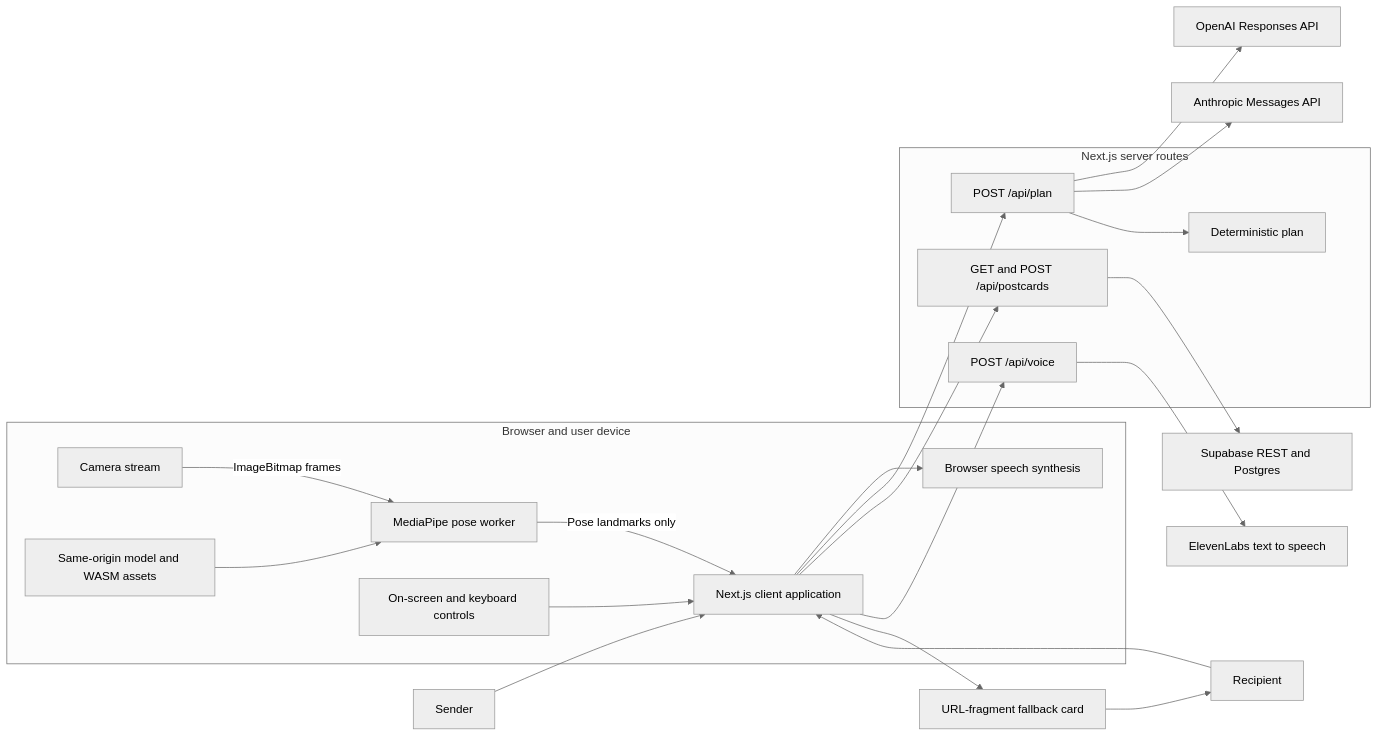
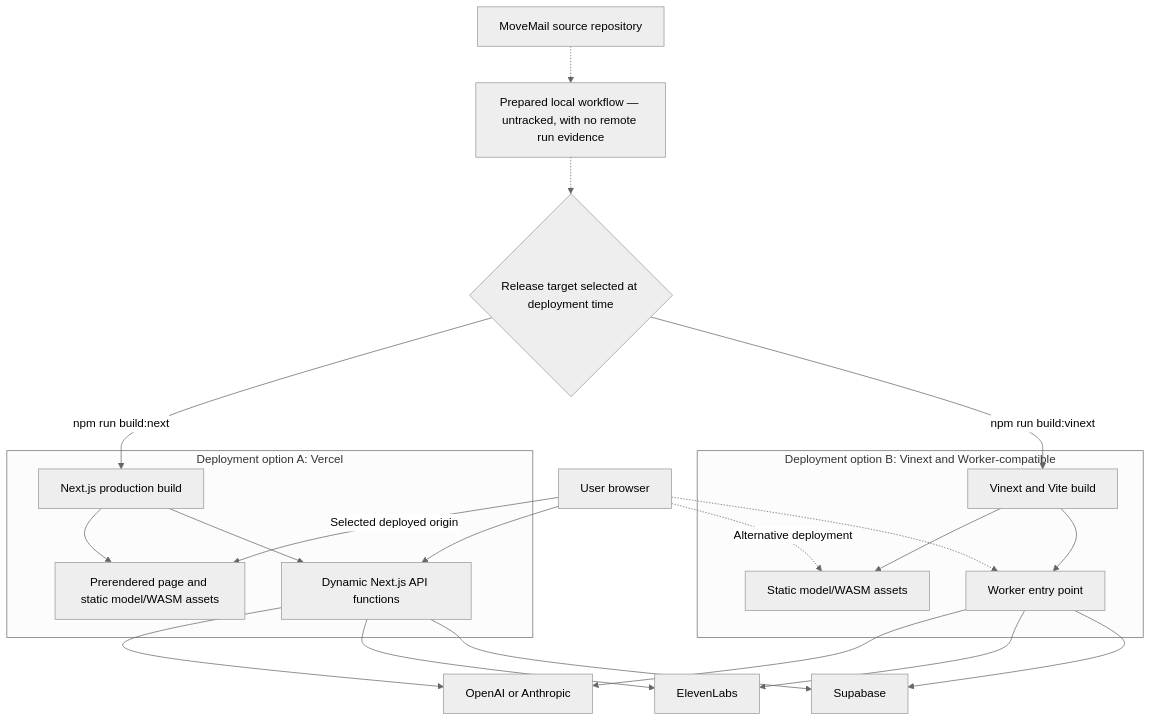
One commit to MasteraSnackin/MoveMail changed diagram 13 of 13 in docs/ARCHITECTURE.md. Above: the diagram before and after it, drawn with Mermaid (neutral theme). The commit also changed other lines of this file and 1 other file, not shown here.

Commit message:
Update README and architecture documentation

````diff
--- a/docs/ARCHITECTURE.md
+++ b/docs/ARCHITECTURE.md
@@ -26,38 +1041,41 @@
 ```mermaid
-flowchart LR
-  Sender["Sender"] --> UI
-  Recipient["Recipient"] --> UI
+flowchart TB
+  Source["MoveMail source repository"]
+  CI["Prepared local workflow — untracked, with no remote run evidence"]
+  Release{"Release target selected at deployment time"}
 
-  subgraph Device["Browser and user device"]
-    UI["Next.js client application"]
-    Camera["Camera stream"]
-    Pose["MediaPipe pose worker"]
-    Controls["On-screen and keyboard controls"]
-    Assets["Same-origin model and WASM assets"]
-    Speech["Browser speech synthesis"]
+  Source -.-> CI
+  CI -.-> Release
 
-    Camera -->|"ImageBitmap frames"| Pose
-    Assets --> Pose
-    Pose -->|"Pose landmarks only"| UI
-    Controls --> UI
-    UI --> Speech
+  subgraph Vercel["Deployment option A: Vercel"]
+    NextBuild["Next.js production build"]
+    StaticA["Prerendered page and static model/WASM assets"]
+    Functions["Dynamic Next.js API functions"]
+    NextBuild --> StaticA
+    NextBuild --> Functions
   end
 
-  subgraph Server["Next.js server routes"]
-    PlanAPI["POST /api/plan"]
-    CardAPI["GET and POST /api/postcards"]
-    VoiceAPI["POST /api/voice"]
-    DemoPlan["Deterministic plan"]
+  subgraph Cloudflare["Deployment option B: Vinext and Worker-compatible"]
+    VinextBuild["Vinext and Vite build"]
+    StaticB["Static model/WASM assets"]
+    Worker["Worker entry point"]
+    VinextBuild --> StaticB
+    VinextBuild --> Worker
   end
 
-  UI --> PlanAPI
-  UI --> CardAPI
-  UI --> VoiceAPI
-  PlanAPI --> OpenAI["OpenAI Responses API"]
-  PlanAPI --> Anthropic["Anthropic Messages API"]
-  PlanAPI --> DemoPlan
-  CardAPI --> Supabase["Supabase REST and Postgres"]
-  VoiceAPI --> ElevenLabs["ElevenLabs text to speech"]
-  UI --> HashCard["URL-fragment fallback card"]
-  HashCard --> Recipient
+  Release -->|"npm run build:next"| NextBuild
+  Release -->|"npm run build:vinext"| VinextBuild
+
+  Browser["User browser"] -->|"Selected deployed origin"| StaticA
+  Browser -.->|"Alternative deployment"| StaticB
+  Browser --> Functions
+  Browser -.-> Worker
+
+  Functions --> OpenAI["OpenAI or Anthropic"]
+  Functions --> ElevenLabs["ElevenLabs"]
+  Functions --> Supabase["Supabase"]
+
+  Worker --> OpenAI
+  Worker --> ElevenLabs
+  Worker --> Supabase
 ```
````
